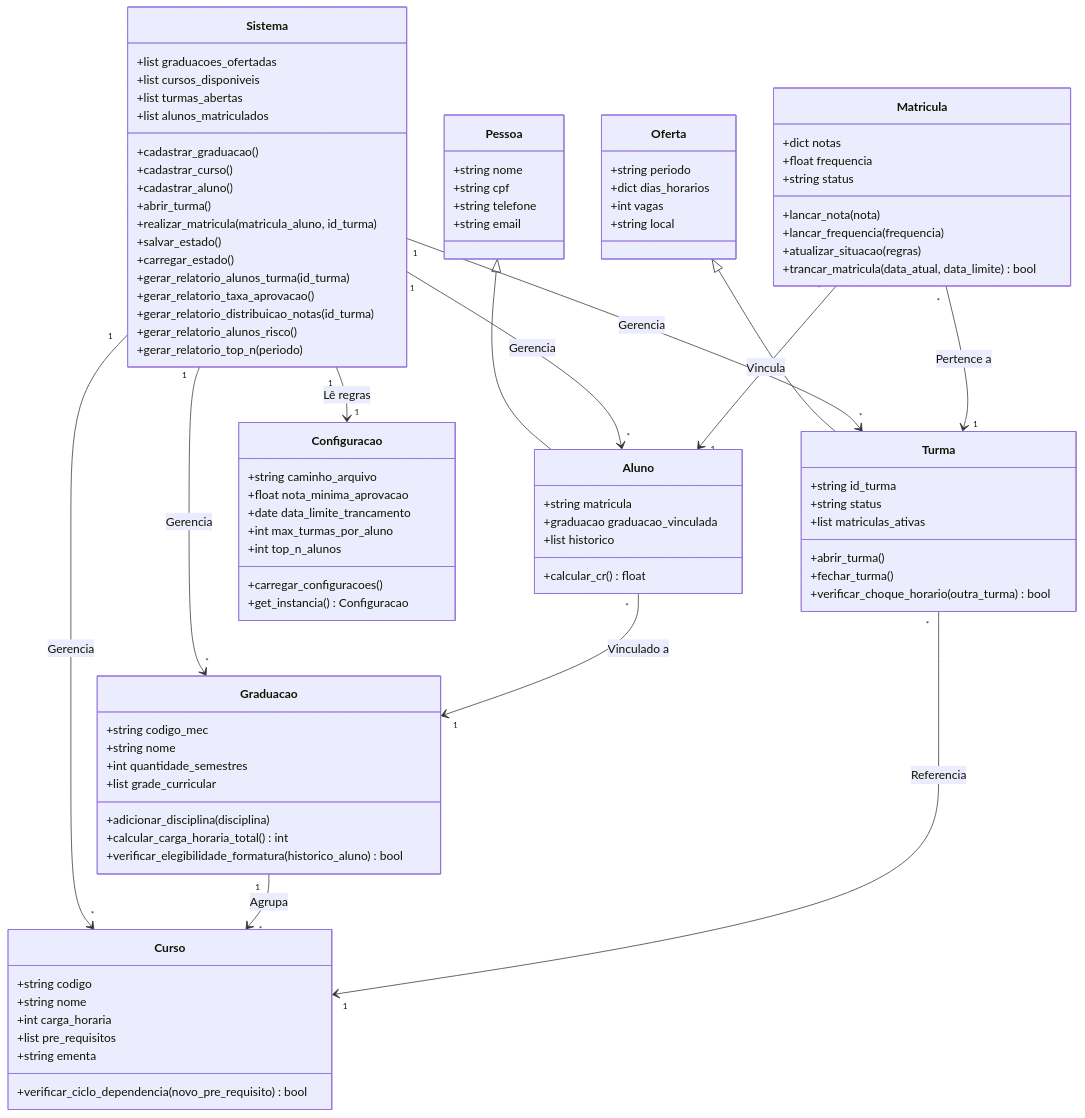
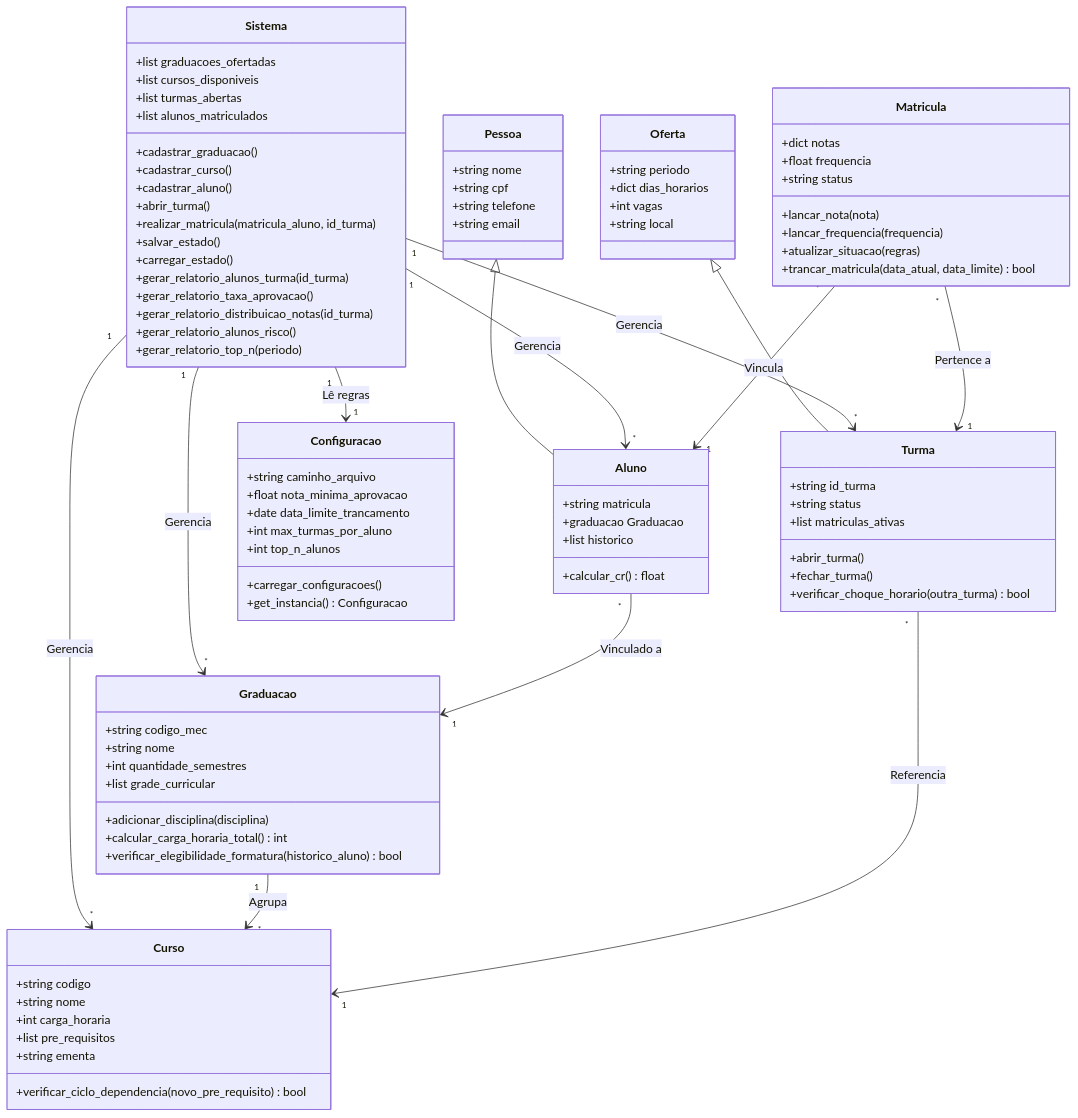
Before and after one commit to tiagopds-dev/Gerenciador-de-Cursos-e-Alunos: the diagram in README.md, drawn with Mermaid.

Commit message:
conserta o tipo do atributo graduação na classe Aluno

```diff
--- a/README.md
+++ b/README.md
@@ -35,7 +35,7 @@
 
     class Aluno {
         +string matricula
-        +graduacao graduacao_vinculada
+        +graduacao Graduacao
         +list historico
         +calcular_cr() float
     }
```
